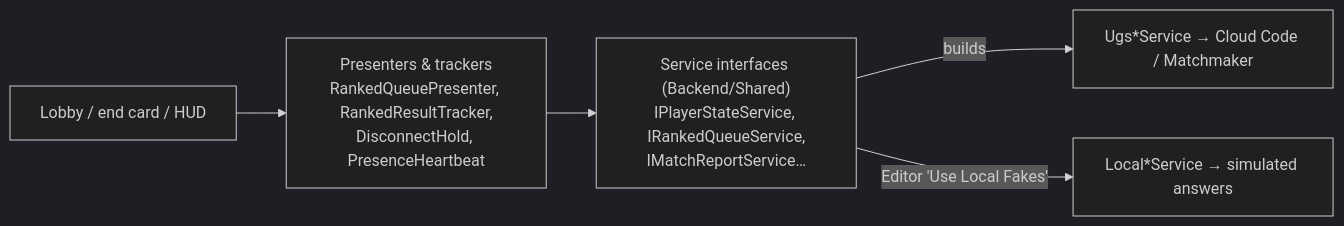
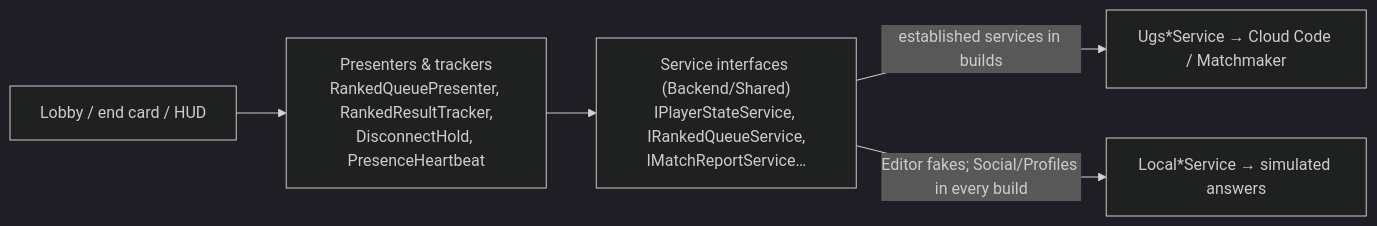
Before and after one commit to owen-donohoe/NodeGame: the diagram in notes/1 Systems/Backend client.md, drawn with Mermaid (dark theme). The commit also changed other lines of this file and 6 other files, not shown here.

````diff
--- a/notes/1 Systems/Backend client.md
+++ b/notes/1 Systems/Backend client.md
@@ -38,7 +38,7 @@
 ```mermaid
 flowchart LR
     UI[Lobby / end card / HUD] --> P["Presenters & trackers<br/>RankedQueuePresenter, RankedResultTracker,<br/>DisconnectHold, PresenceHeartbeat"]
     P --> S["Service interfaces (Backend/Shared)<br/>IPlayerStateService, IRankedQueueService,<br/>IMatchReportService…"]
-    S -->|builds| U["Ugs*Service → Cloud Code / Matchmaker"]
-    S -->|Editor 'Use Local Fakes'| L["Local*Service → simulated answers"]
+    S -->|established services in builds| U["Ugs*Service → Cloud Code / Matchmaker"]
+    S -->|Editor fakes; Social/Profiles in every build| L["Local*Service → simulated answers"]
 ```
````
